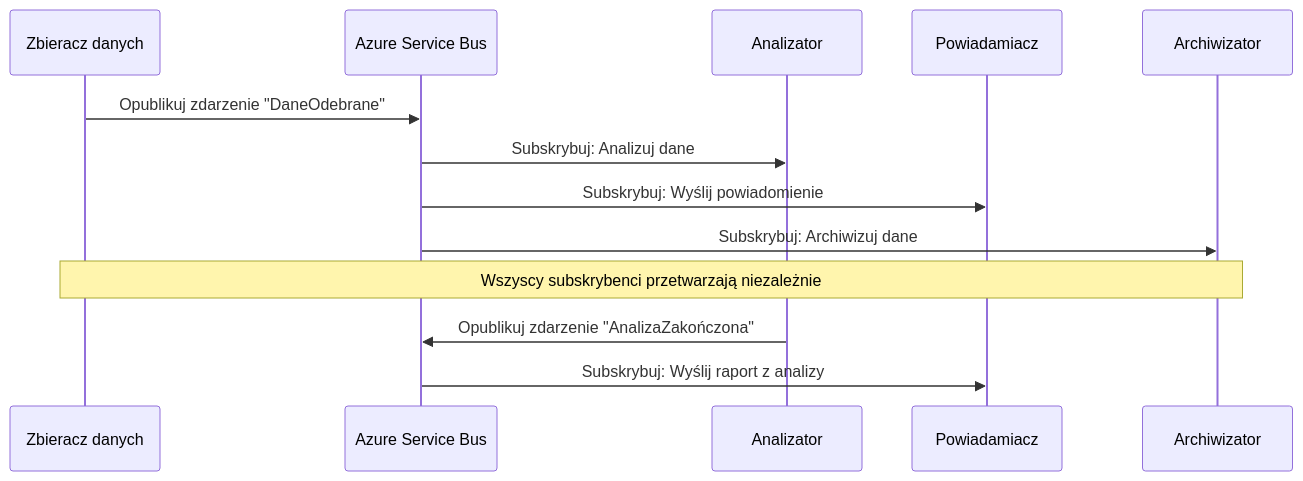
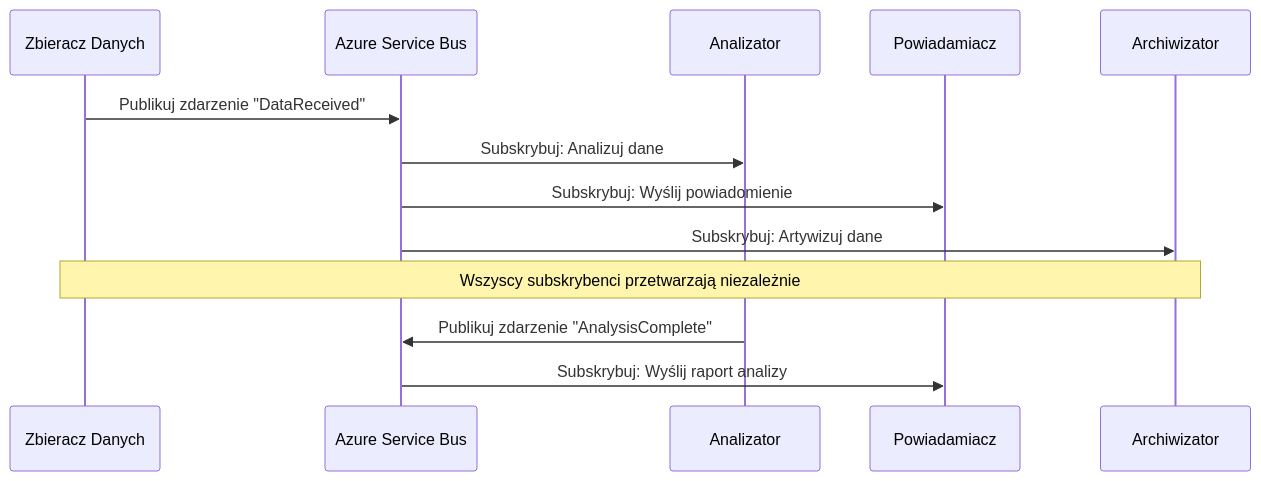
The fourth of 6 diagrams in translations/pl/docs/chapter-06-pre-deployment/coordination-patterns.md (microsoft/AZD-for-beginners), drawn with Mermaid before and after one commit. The commit also changed other lines of this file and 101 other files, not shown here.

````diff
--- a/translations/pl/docs/chapter-06-pre-deployment/coordination-patterns.md
+++ b/translations/pl/docs/chapter-06-pre-deployment/coordination-patterns.md
@@ -191,18 +185,18 @@
 ```mermaid
 sequenceDiagram
-    participant Agent1 as Zbieracz danych
+    participant Agent1 as Zbieracz Danych
     participant EventBus as Azure Service Bus
     participant Agent2 as Analizator
     participant Agent3 as Powiadamiacz
     participant Agent4 as Archiwizator
     
-    Agent1->>EventBus: Opublikuj zdarzenie "DaneOdebrane"
+    Agent1->>EventBus: Publikuj zdarzenie "DataReceived"
     EventBus->>Agent2: Subskrybuj: Analizuj dane
     EventBus->>Agent3: Subskrybuj: Wyślij powiadomienie
-    EventBus->>Agent4: Subskrybuj: Archiwizuj dane
+    EventBus->>Agent4: Subskrybuj: Artywizuj dane
     
     Note over Agent1,Agent4: Wszyscy subskrybenci przetwarzają niezależnie
     
-    Agent2->>EventBus: Opublikuj zdarzenie "AnalizaZakończona"
-    EventBus->>Agent3: Subskrybuj: Wyślij raport z analizy
+    Agent2->>EventBus: Publikuj zdarzenie "AnalysisComplete"
+    EventBus->>Agent3: Subskrybuj: Wyślij raport analizy
 ```
````
